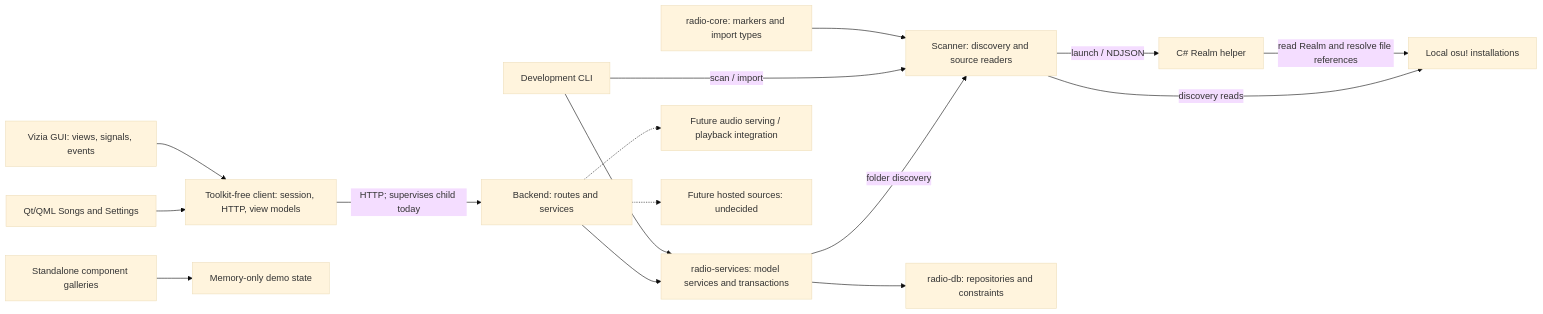
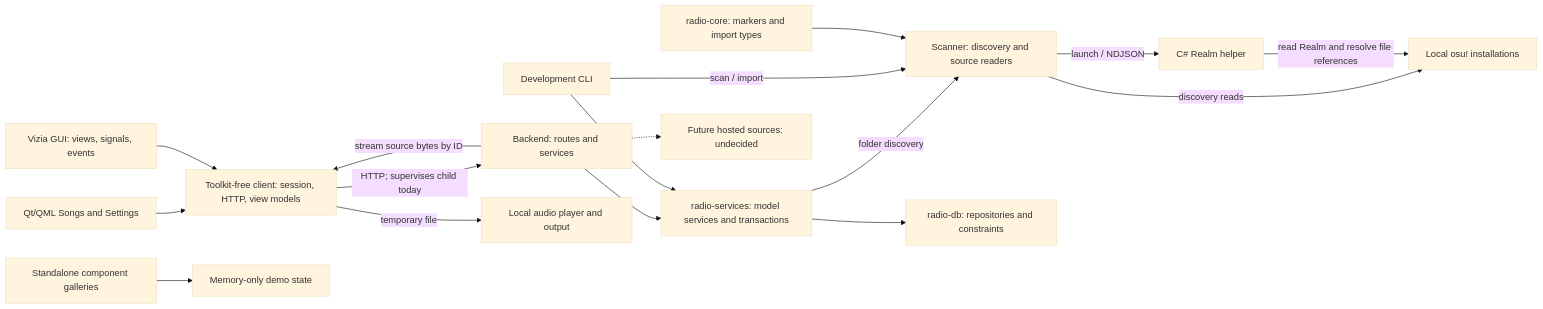
One commit to Jayko321/osu-radio changed the diagram in docs/agent/index.md. Above: the diagram before and after it, drawn with Mermaid (base theme). The commit also changed other lines of this file and 38 other files, not shown here.

````diff
--- a/docs/agent/index.md
+++ b/docs/agent/index.md
@@ -46,18 +47,19 @@
 ```mermaid
 flowchart LR
     Qt["Qt/QML Songs and Settings"] --> Client
     Gallery["Standalone component galleries"] --> Mock["Memory-only demo state"]
     GUI["Vizia GUI: views, signals, events"] --> Client["Toolkit-free client: session, HTTP, view models"]
     Client -->|"HTTP; supervises child today"| Server["Backend: routes and services"]
     Server --> Services["radio-services: model services and transactions"]
     Services -->|"folder discovery"| Scanner["Scanner: discovery and source readers"]
     Services --> DB["radio-db: repositories and constraints"]
     CLI --> Services
     CLI["Development CLI"] -->|"scan / import"| Scanner
     Scanner -->|"discovery reads"| Local["Local osu! installations"]
     Scanner -->|"launch / NDJSON"| Helper["C# Realm helper"]
     Helper -->|"read Realm and resolve file references"| Local
     Core["radio-core: markers and import types"] --> Scanner
-    Server -.-> Audio["Future audio serving / playback integration"]
+    Server -->|"stream source bytes by ID"| Client
+    Client -->|"temporary file"| Audio["Local audio player and output"]
     Server -.-> Hosted["Future hosted sources: undecided"]
 ```
````
